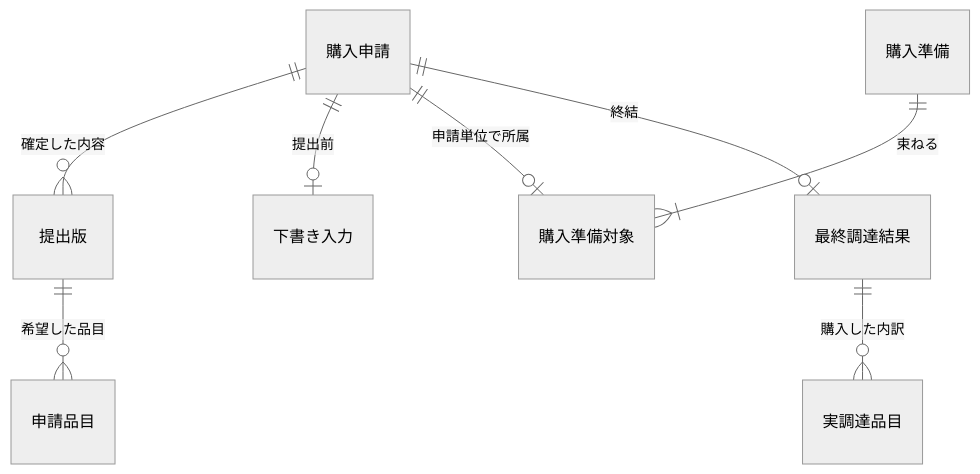
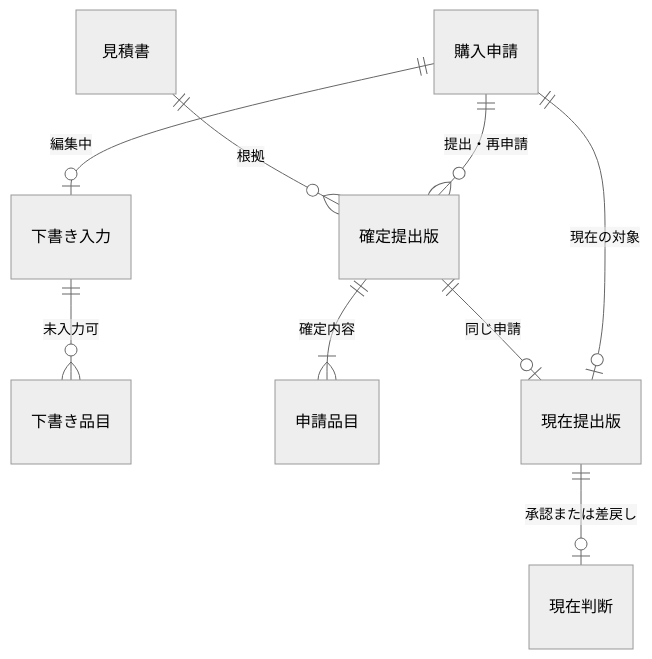
The first of 2 diagrams in business-design/purchase-request/logical-model-review.ja.md (mk3008/alder), drawn with Mermaid (neutral theme) before and after one commit. The commit also changed other lines of this file and 4 other files, not shown here.

````diff
--- a/business-design/purchase-request/logical-model-review.ja.md
+++ b/business-design/purchase-request/logical-model-review.ja.md
@@ -20,10 +48,11 @@
 ```mermaid
 erDiagram
-  購入申請 ||--o{ 提出版 : "確定した内容"
-  提出版 ||--o{ 申請品目 : "希望した品目"
-  購入申請 ||--o| 下書き入力 : "提出前"
-  購入準備 ||--|{ 購入準備対象 : "束ねる"
-  購入申請 ||--o| 購入準備対象 : "申請単位で所属"
-  購入申請 ||--o| 最終調達結果 : "終結"
-  最終調達結果 ||--o{ 実調達品目 : "購入した内訳"
+  購入申請 ||--o{ 確定提出版 : "提出・再申請"
+  購入申請 ||--o| 下書き入力 : "編集中"
+  下書き入力 ||--o{ 下書き品目 : "未入力可"
+  見積書 ||--o{ 確定提出版 : "根拠"
+  確定提出版 ||--|{ 申請品目 : "確定内容"
+  購入申請 ||--o| 現在提出版 : "現在の対象"
+  確定提出版 ||--o| 現在提出版 : "同じ申請"
+  現在提出版 ||--o| 現在判断 : "承認または差戻し"
 ```
````
